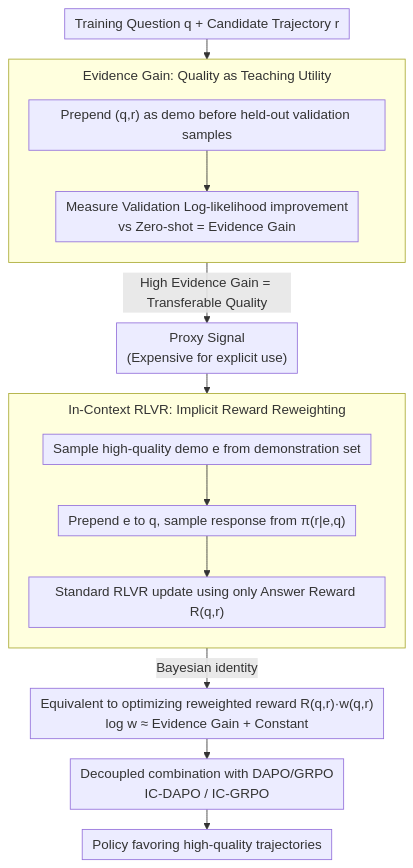
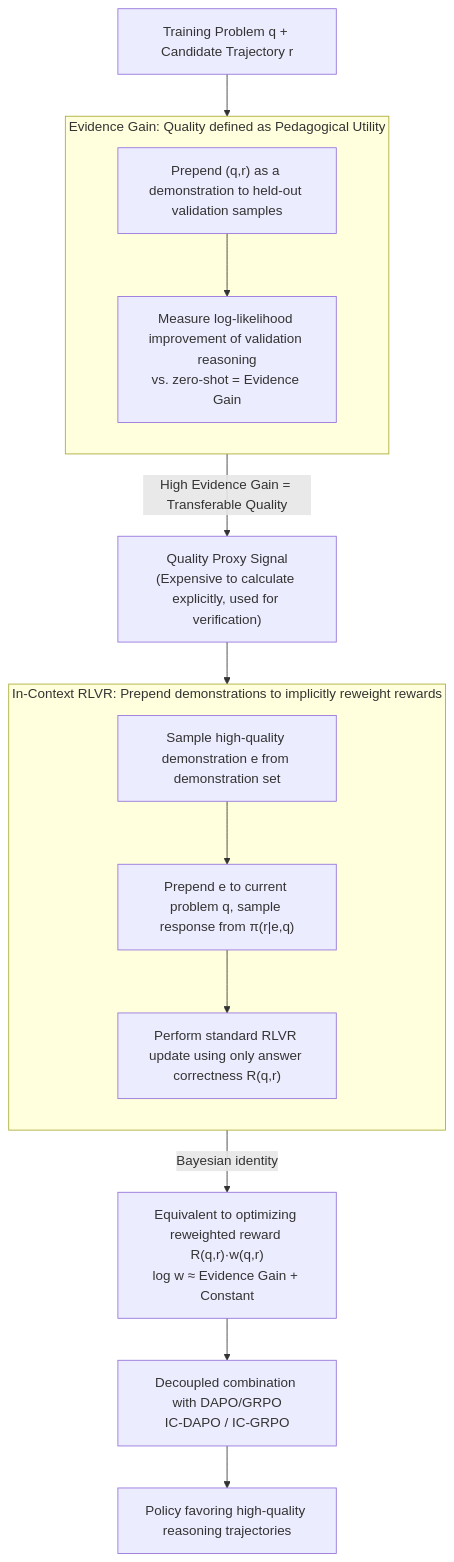
The diagram in docs/ACL2026/reinforcement_learning/good_reasoning_makes_good_demonstrations_implicit_reasoning_quality_supervision_.md (zhaoyang97/Paper-Notes-en), drawn with Mermaid before and after one commit. The commit also changed other lines of this file and 5084 other files, not shown here.

````diff
--- a/docs/ACL2026/reinforcement_learning/good_reasoning_makes_good_demonstrations_implicit_reasoning_quality_supervision_.md
+++ b/docs/ACL2026/reinforcement_learning/good_reasoning_makes_good_demonstrations_implicit_reasoning_quality_supervision_.md
@@ -49,24 +49,23 @@
 ```mermaid
-%%{init: {'flowchart': {'rankSpacing': 24, 'nodeSpacing': 28, 'padding': 6, 'wrappingWidth': 400, 'subGraphTitleMargin': {'top': 8, 'bottom': 16}}}}%%
-flowchart TD
-    Q["Training Question q + Candidate Trajectory r"]
-    subgraph EG["Evidence Gain: Quality as Teaching Utility"]
+graph TD
+    Q["Training Problem q + Candidate Trajectory r"]
+    subgraph EG["Evidence Gain: Quality defined as Pedagogical Utility"]
         direction TB
-        E1["Prepend (q,r) as demo before held-out validation samples"]
-        E2["Measure Validation Log-likelihood improvement<br/>vs Zero-shot = Evidence Gain"]
+        E1["Prepend (q,r) as a demonstration to held-out validation samples"]
+        E2["Measure log-likelihood improvement of validation reasoning<br/>vs. zero-shot = Evidence Gain"]
         E1 --> E2
     end
     Q --> EG
-    EG -->|High Evidence Gain = Transferable Quality| INS["Proxy Signal<br/>(Expensive for explicit use)"]
-    subgraph IC["In-Context RLVR: Implicit Reward Reweighting"]
+    EG -->|High Evidence Gain = Transferable Quality| INS["Quality Proxy Signal<br/>(Expensive to calculate explicitly, used for verification)"]
+    subgraph IC["In-Context RLVR: Prepend demonstrations to implicitly reweight rewards"]
         direction TB
-        D1["Sample high-quality demo e from demonstration set"]
-        D2["Prepend e to q, sample response from π(r|e,q)"]
-        D3["Standard RLVR update using only Answer Reward R(q,r)"]
+        D1["Sample high-quality demonstration e from demonstration set"]
+        D2["Prepend e to current problem q, sample response from π(r|e,q)"]
+        D3["Perform standard RLVR update using only answer correctness R(q,r)"]
         D1 --> D2 --> D3
     end
     INS --> IC
     IC -->|Bayesian identity| W["Equivalent to optimizing reweighted reward R(q,r)·w(q,r)<br/>log w ≈ Evidence Gain + Constant"]
     W --> WRAP["Decoupled combination with DAPO/GRPO<br/>IC-DAPO / IC-GRPO"]
-    WRAP --> OUT["Policy favoring high-quality trajectories"]
+    WRAP --> OUT["Policy favoring high-quality reasoning trajectories"]
 ```
````
